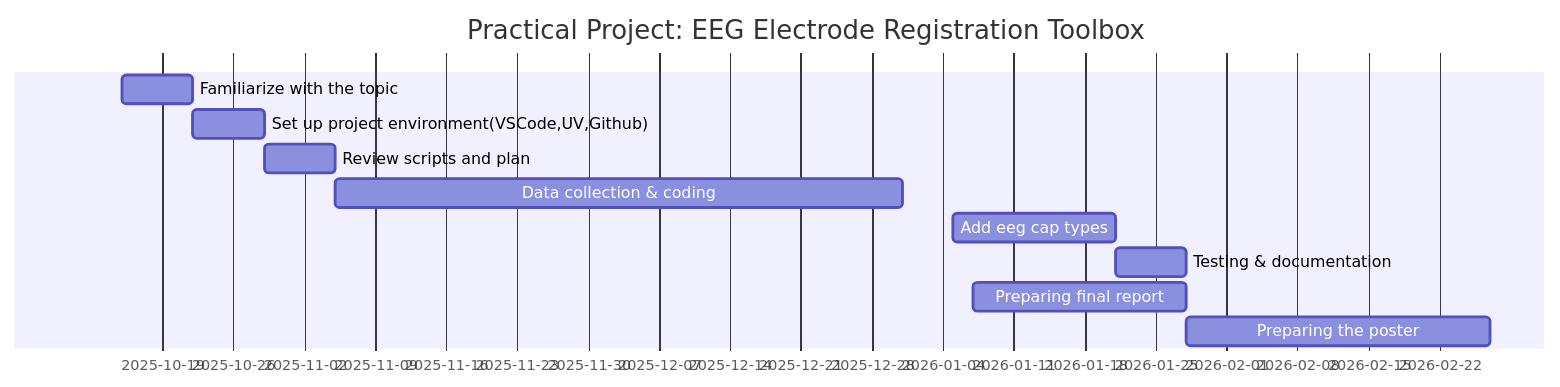
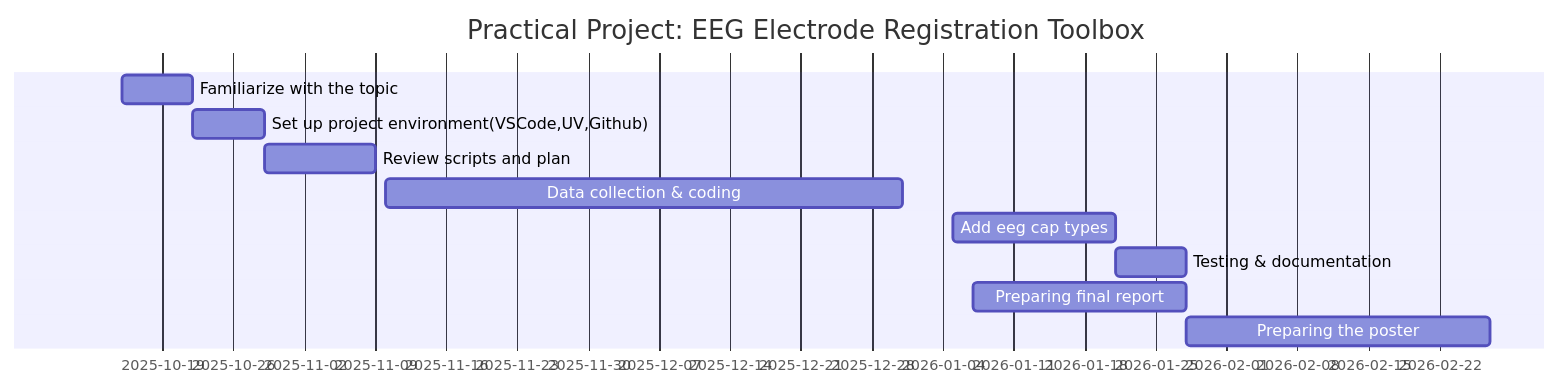
One commit to evrim06/video-eeg-electrode-registration changed the diagram in README.md. Above: the diagram before and after it, drawn with Mermaid. The commit also changed 5 other files, not shown here.

````diff
--- a/README.md
+++ b/README.md
@@ -9,14 +9,14 @@
 ```mermaid
 gantt
     title Practical Project: EEG Electrode Registration Toolbox
     dateFormat YYYY-MM-DD
     Familiarize with the topic:2025-10-15,2025-10-22
     Set up project environment(VSCode,UV,Github):2025-10-22,2025-10-29
-    Review scripts and plan:2025-10-29,2025-11-05
-    Data collection & coding:2025-11-05,2025-12-31
+    Review scripts and plan:2025-10-29,2025-11-09
+    Data collection & coding:2025-11-10,2025-12-31
     Add eeg cap types:2026-01-05,2026-01-21
     Testing & documentation: 2026-01-21,2026-01-28
     Preparing final report:2026-01-07,2026-01-28
     Preparing the poster:2026-01-28,2026-02-27
 
 ```
````
